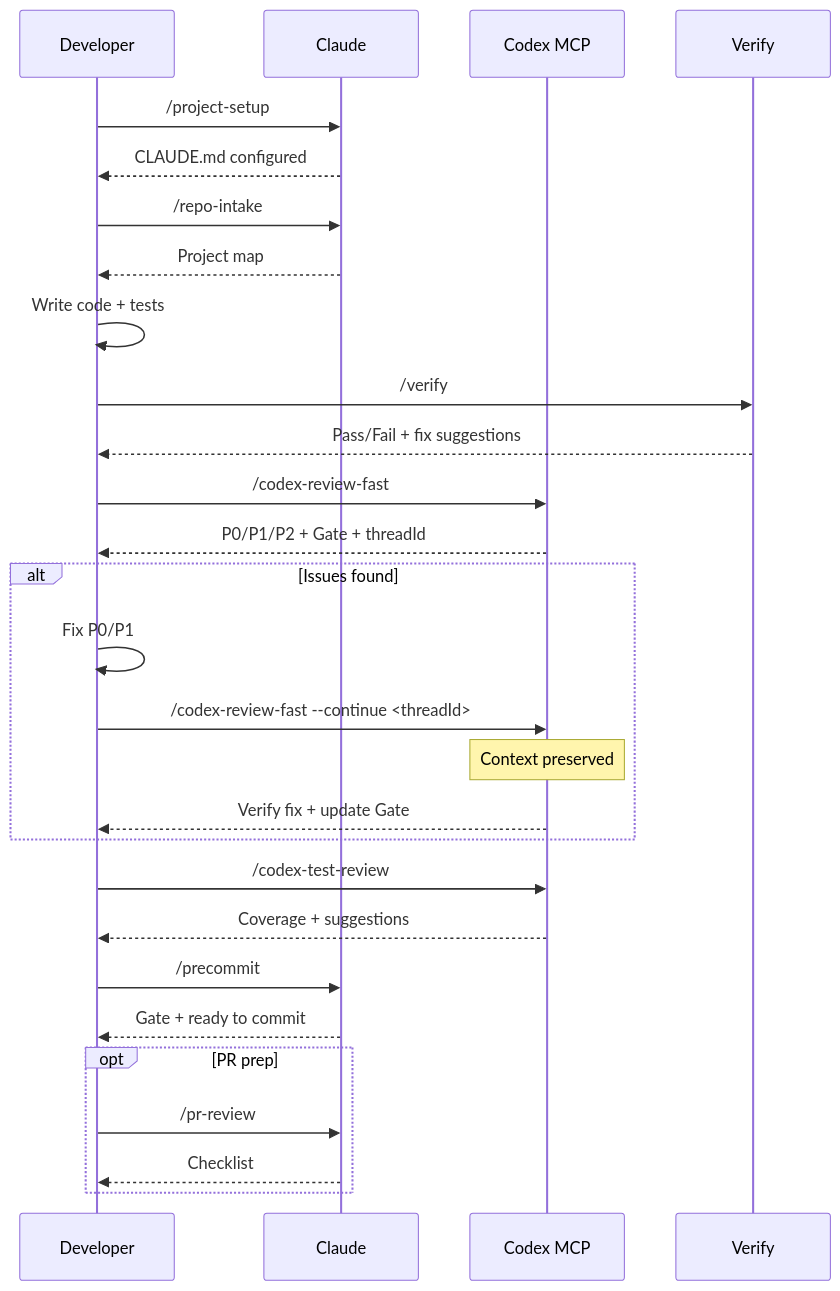
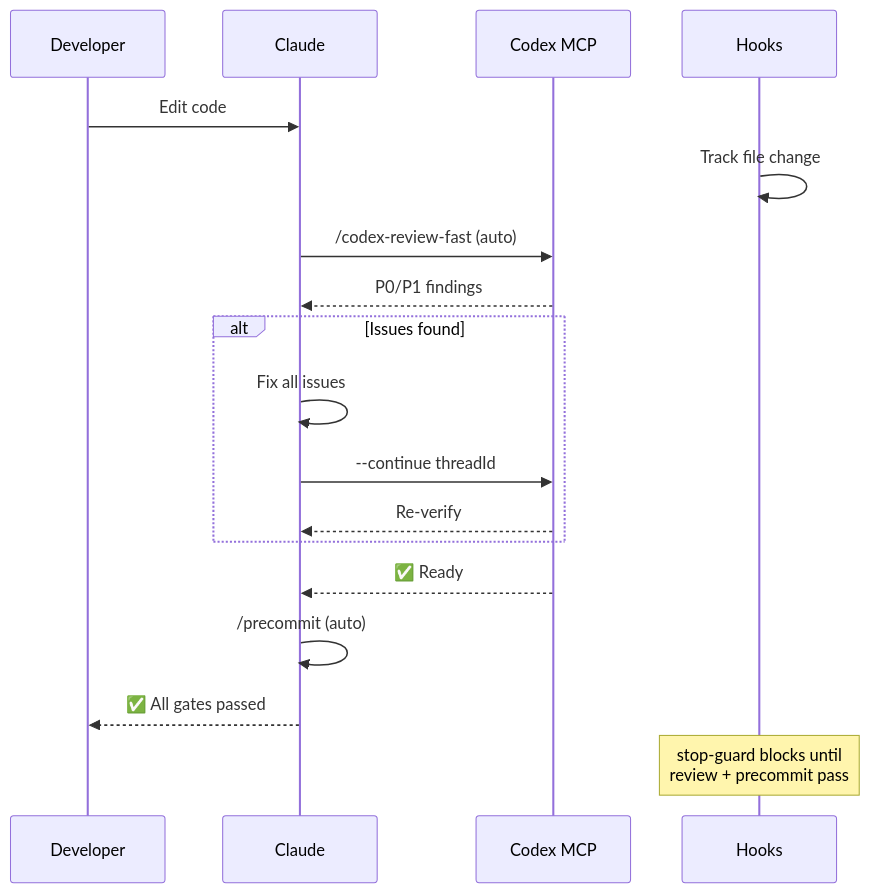
The first of 5 diagrams in README.md (jupiter-Pulin/Uranus-dev-flow), drawn with Mermaid before and after one commit. The commit also changed other lines of this file and 6 other files, not shown here.

````diff
--- a/README.md
+++ b/README.md
@@ -67,39 +71,24 @@
 ```mermaid
 sequenceDiagram
     participant D as Developer
     participant C as Claude
     participant X as Codex MCP
-    participant V as Verify
+    participant H as Hooks
 
-    D->>C: /project-setup
-    C-->>D: CLAUDE.md configured
-
-    D->>C: /repo-intake
-    C-->>D: Project map
-
-    D->>D: Write code + tests
-
-    D->>V: /verify
-    V-->>D: Pass/Fail + fix suggestions
-
-    D->>X: /codex-review-fast
-    X-->>D: P0/P1/P2 + Gate + threadId
+    D->>C: Edit code
+    H->>H: Track file change
+    C->>X: /codex-review-fast (auto)
+    X-->>C: P0/P1 findings
 
     alt Issues found
-        D->>D: Fix P0/P1
-        D->>X: /codex-review-fast --continue <threadId>
-        Note over X: Context preserved
-        X-->>D: Verify fix + update Gate
+        C->>C: Fix all issues
+        C->>X: --continue threadId
+        X-->>C: Re-verify
     end
 
-    D->>X: /codex-test-review
-    X-->>D: Coverage + suggestions
+    X-->>C: ✅ Ready
+    C->>C: /precommit (auto)
+    C-->>D: ✅ All gates passed
 
-    D->>C: /precommit
-    C-->>D: Gate + ready to commit
-
-    opt PR prep
-        D->>C: /pr-review
-        C-->>D: Checklist
-    end
+    Note over H: stop-guard blocks until<br/>review + precommit pass
 ```
````
